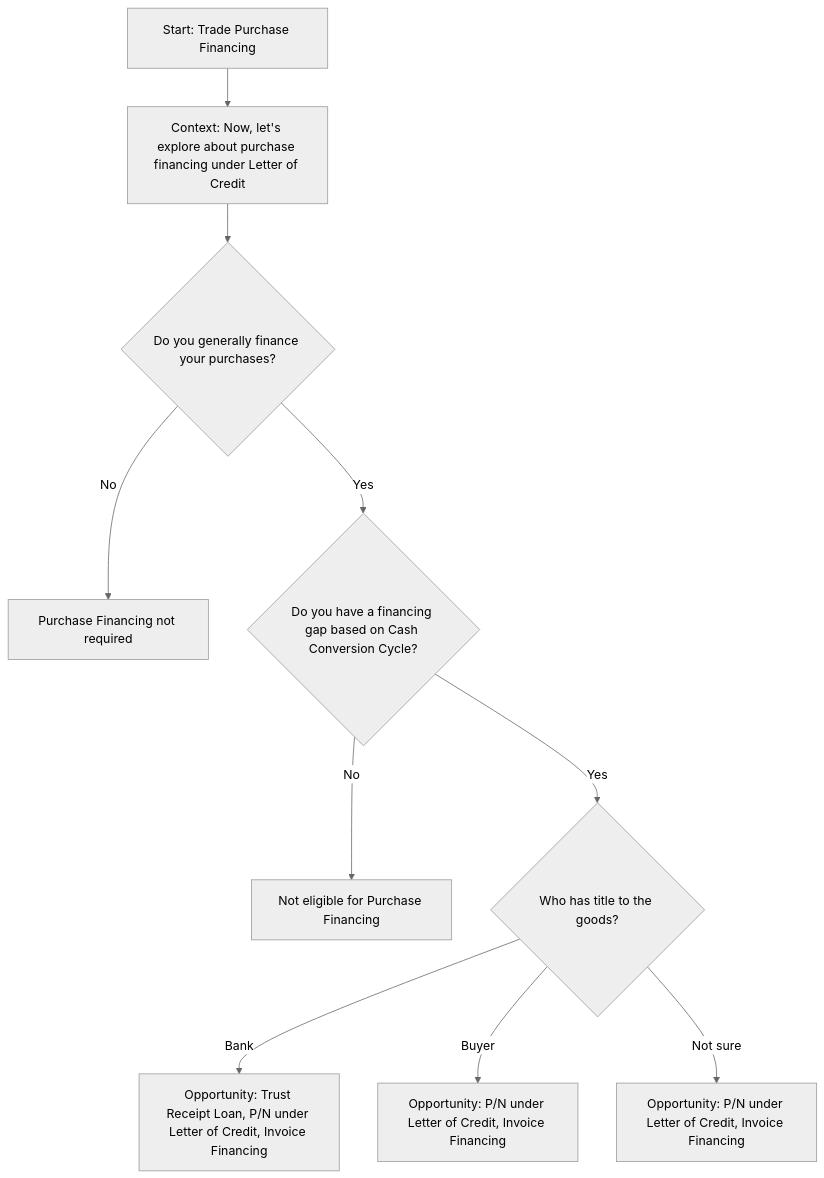
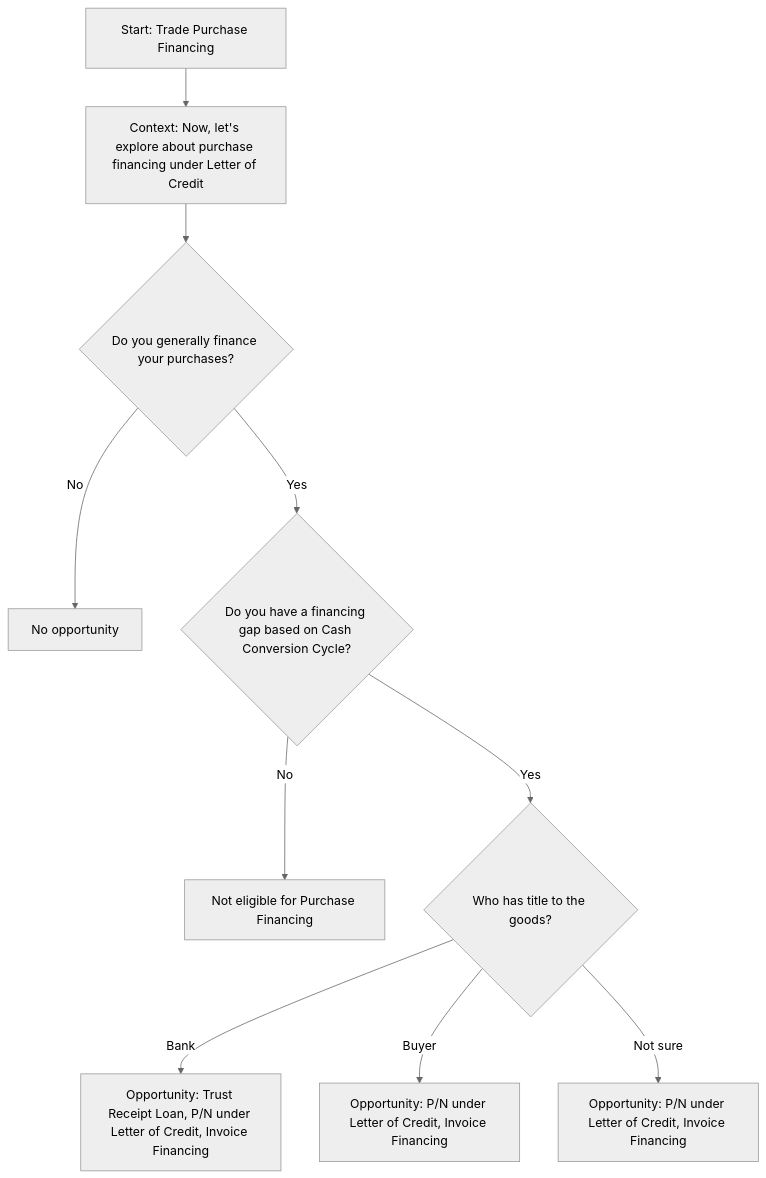
One commit to sage-develop/why changed the diagram in tvc_decision_trees/lc_decision_trees/purchase_financing_tree.md. Above: the diagram before and after it, drawn with Mermaid (neutral theme). The commit also changed other lines of this file and 2 other files, not shown here.

Commit message:
fix as discussed

````diff
--- a/tvc_decision_trees/lc_decision_trees/purchase_financing_tree.md
+++ b/tvc_decision_trees/lc_decision_trees/purchase_financing_tree.md
@@ -16,14 +16,14 @@
 ```mermaid
 %% Trade Finance Purchase Financing Decision Tree
 flowchart TD
     Start[Start: Trade Purchase Financing] --> Context[Context: Now, let's explore about purchase financing under Letter of Credit]
     Context -->A{Do you generally finance your purchases?}
-    A -->|No| B[Purchase Financing not required]
+    A -->|No| B[No opportunity]
     A -->|Yes| C{Do you have a financing gap based on Cash Conversion Cycle?}
 
     C -->|No| D[Not eligible for Purchase Financing]
     C -->|Yes| E{Who has title to the goods?}
     E -->|Bank| F[Opportunity: Trust Receipt Loan, P/N under Letter of Credit, Invoice Financing]
     E -->|Buyer| G[Opportunity: P/N under Letter of Credit, Invoice Financing]
     E -->|Not sure| H[Opportunity: P/N under Letter of Credit, Invoice Financing]
 ```
````
